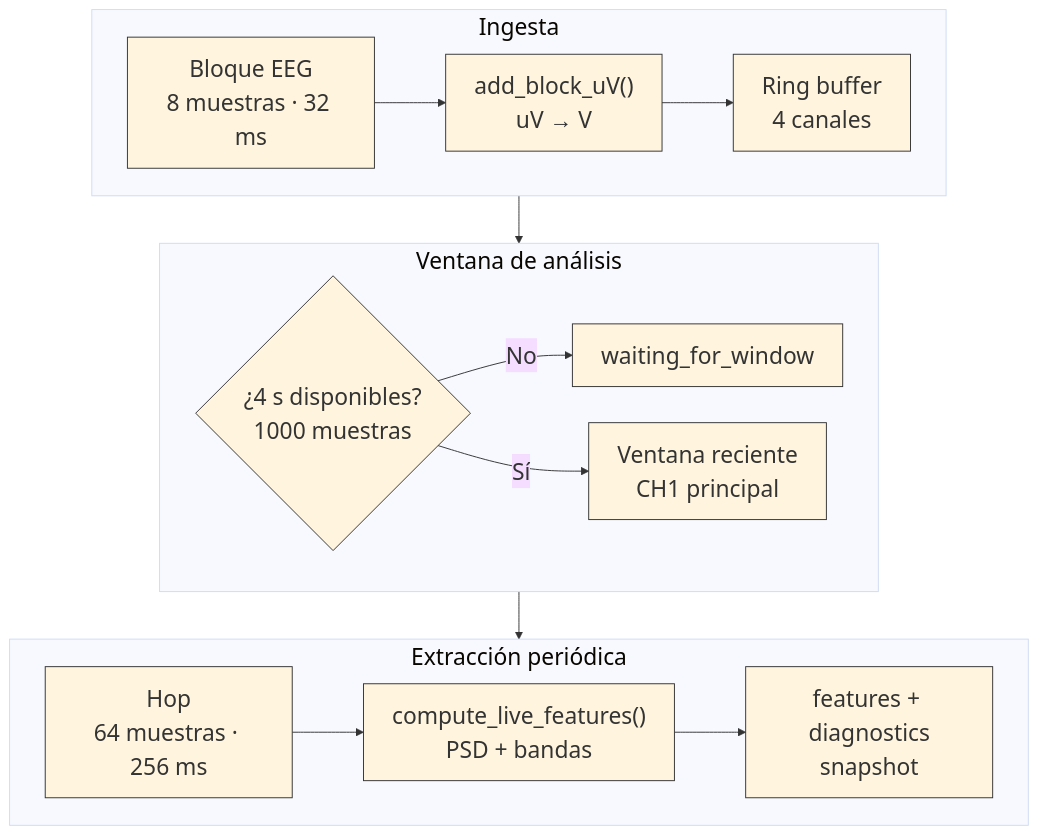
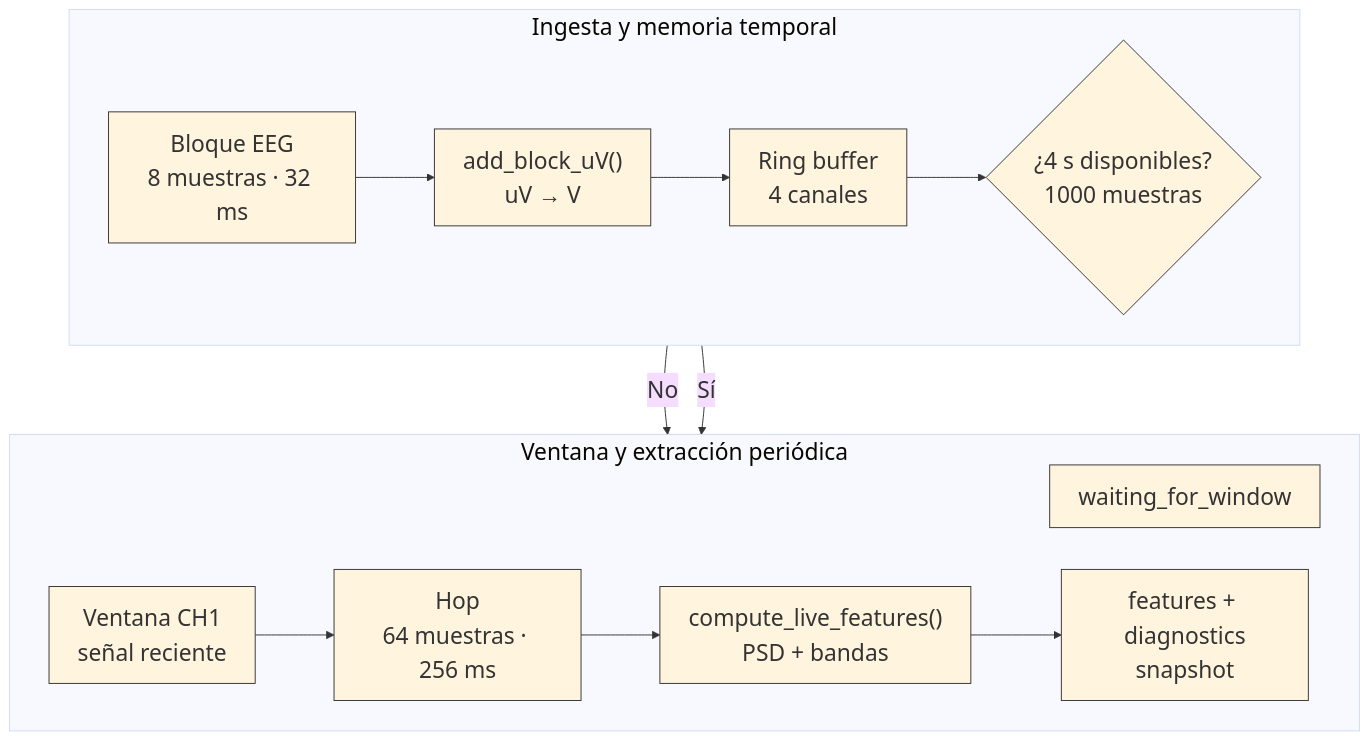
One commit to valtorresm97/REDACCION-TFG changed the diagram in TFG_EEG_MIDI/images/uml/impl_backend_buffer_ventana.mmd. Above: the diagram before and after it, drawn with Mermaid.

Commit message:
Improve backend buffer diagram layout and legibility

```diff
--- a/TFG_EEG_MIDI/images/uml/impl_backend_buffer_ventana.mmd
+++ b/TFG_EEG_MIDI/images/uml/impl_backend_buffer_ventana.mmd
@@ -1,22 +1,19 @@
-%%{init: {"theme": "base", "themeVariables": {"fontSize": "24px", "fontFamily": "Arial", "primaryBorderColor": "#333333", "lineColor": "#333333"}, "flowchart": {"htmlLabels": true, "nodeSpacing": 38, "rankSpacing": 50, "curve": "basis"}}}%%
+%%{init: {"theme": "base", "themeVariables": {"fontSize": "24px", "fontFamily": "Arial", "primaryBorderColor": "#333333", "lineColor": "#333333"}, "flowchart": {"htmlLabels": true, "nodeSpacing": 44, "rankSpacing": 58, "curve": "basis"}}}%%
 flowchart TB
-  subgraph input["Ingesta"]
+  subgraph memoria["Ingesta y memoria temporal"]
     direction LR
     block["Bloque EEG<br/>8 muestras · 32 ms"] --> convert["add_block_uV()<br/>uV → V"]
     convert --> ring["Ring buffer<br/>4 canales"]
+    ring --> ready{"¿4 s disponibles?<br/>1000 muestras"}
   end
 
-  subgraph window["Ventana de análisis"]
+  subgraph analisis["Ventana y extracción periódica"]
     direction LR
-    ready{"¿4 s disponibles?<br/>1000 muestras"} -- "No" --> wait["waiting_for_window"]
-    ready -- "Sí" --> ch1["Ventana reciente<br/>CH1 principal"]
-  end
-
-  subgraph features["Extracción periódica"]
-    direction LR
-    hop["Hop<br/>64 muestras · 256 ms"] --> live["compute_live_features()<br/>PSD + bandas"]
+    wait["waiting_for_window"]
+    ch1["Ventana CH1<br/>señal reciente"] --> hop["Hop<br/>64 muestras · 256 ms"]
+    hop --> live["compute_live_features()<br/>PSD + bandas"]
     live --> snap["features + diagnostics<br/>snapshot"]
   end
 
-  ring --> ready
-  ch1 --> hop
+  ready -- "No" --> wait
+  ready -- "Sí" --> ch1
```
